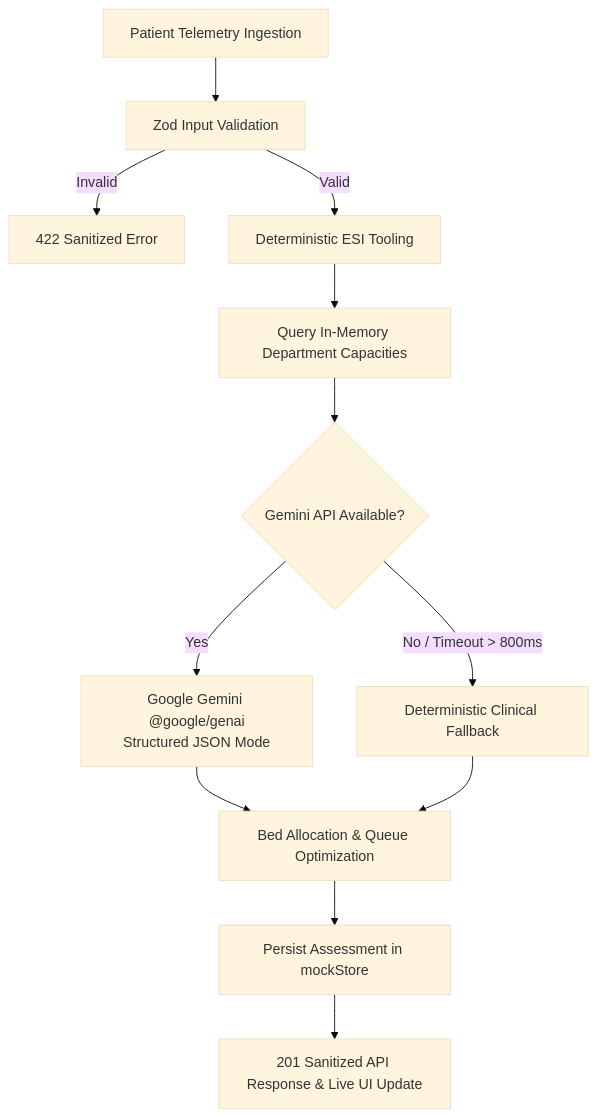
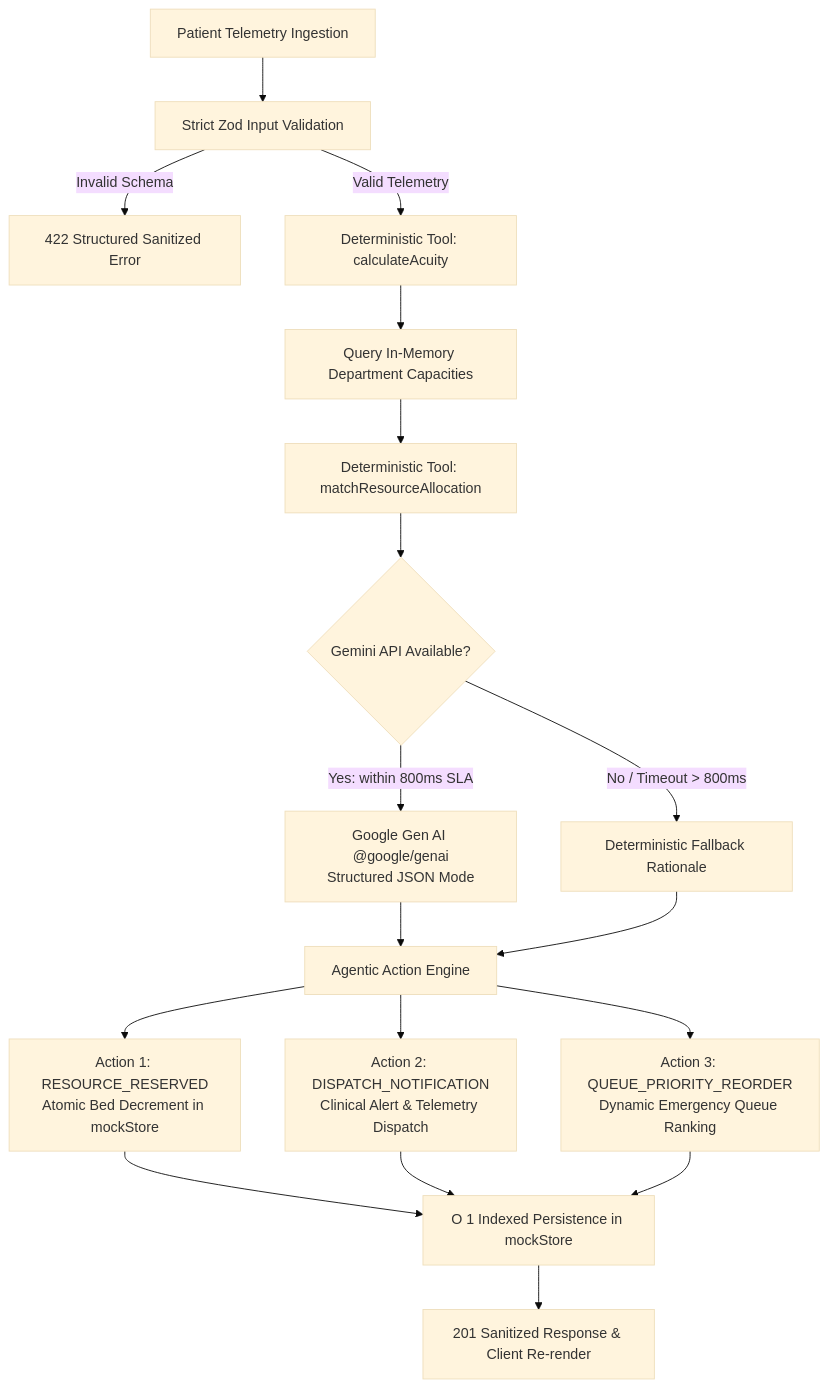
One commit to hemantpatildev315/nmithack changed the diagram in README.md. Above: the diagram before and after it, drawn with Mermaid (base theme). The commit also changed other lines of this file and 8 other files, not shown here.

````diff
--- a/README.md
+++ b/README.md
@@ -24,14 +31,20 @@
 ```mermaid
 flowchart TD
-    A[Patient Telemetry Ingestion] --> B[Zod Input Validation]
-    B -->|Invalid| C[422 Sanitized Error]
-    B -->|Valid| D[Deterministic ESI Tooling]
+    A[Patient Telemetry Ingestion] --> B[Strict Zod Input Validation]
+    B -->|Invalid Schema| C[422 Structured Sanitized Error]
+    B -->|Valid Telemetry| D[Deterministic Tool: calculateAcuity]
     D --> E[Query In-Memory Department Capacities]
-    E --> F{Gemini API Available?}
-    F -->|Yes| G[Google Gemini @google/genai\nStructured JSON Mode]
-    F -->|No / Timeout > 800ms| H[Deterministic Clinical Fallback]
-    G --> I[Bed Allocation & Queue Optimization]
-    H --> I
-    I --> J[Persist Assessment in mockStore]
-    J --> K[201 Sanitized API Response & Live UI Update]
+    E --> F[Deterministic Tool: matchResourceAllocation]
+    F --> G{Gemini API Available?}
+    G -->|Yes: within 800ms SLA| H[Google Gen AI @google/genai\nStructured JSON Mode]
+    G -->|No / Timeout > 800ms| I[Deterministic Fallback Rationale]
+    H --> J[Agentic Action Engine]
+    I --> J
+    J --> K[Action 1: RESOURCE_RESERVED\nAtomic Bed Decrement in mockStore]
+    J --> L[Action 2: DISPATCH_NOTIFICATION\nClinical Alert & Telemetry Dispatch]
+    J --> M[Action 3: QUEUE_PRIORITY_REORDER\nDynamic Emergency Queue Ranking]
+    K --> N[O 1 Indexed Persistence in mockStore]
+    L --> N
+    M --> N
+    N --> O[201 Sanitized Response & Client Re-render]
 ```
````
